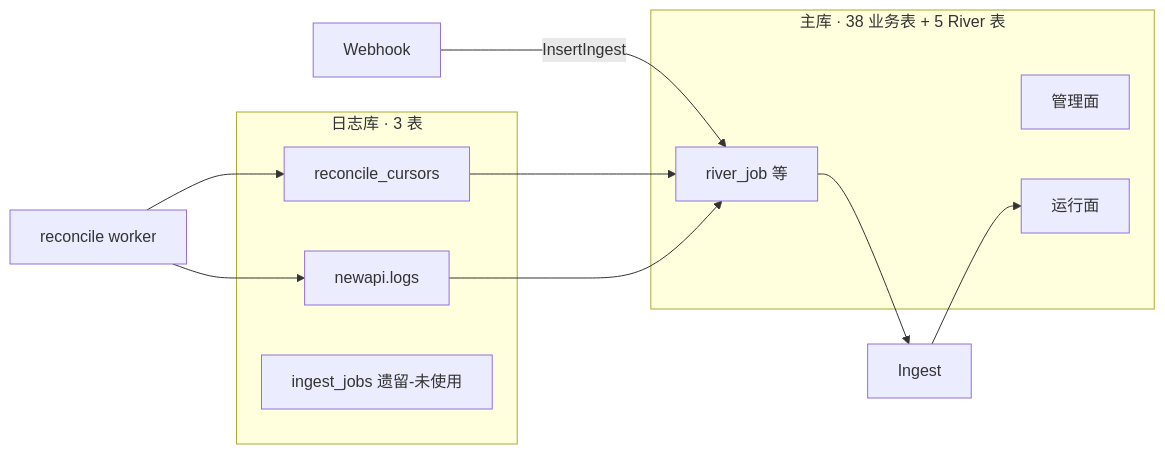
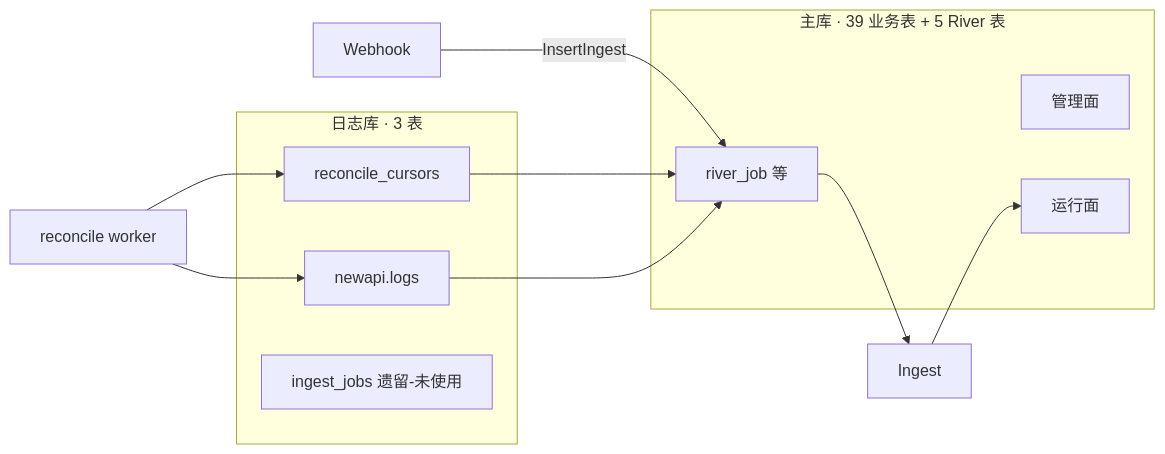
The first of 7 diagrams in apps/docs/Backend-存储架构.md (quyip8818/mytokenjoy), drawn with Mermaid before and after one commit. The commit also changed other lines of this file and 31 other files, not shown here.

````diff
--- a/apps/docs/Backend-存储架构.md
+++ b/apps/docs/Backend-存储架构.md
@@ -18,18 +18,18 @@
 ```mermaid
 flowchart LR
-  subgraph main [主库 · 38 业务表 + 5 River 表]
+  subgraph main [主库 · 39 业务表 + 5 River 表]
     MGMT[管理面]
     RUN[运行面]
     RJ[river_job 等]
   end
 
   subgraph logs [日志库 · 3 表]
     NL[newapi.logs]
     RC[reconcile_cursors]
     IF[ingest_jobs 遗留-未使用]
   end
 
   WH[Webhook] -->|InsertIngest| RJ
   RJ --> ING[Ingest] --> RUN
   WK[reconcile worker] --> RC & NL --> RJ
 ```
````
